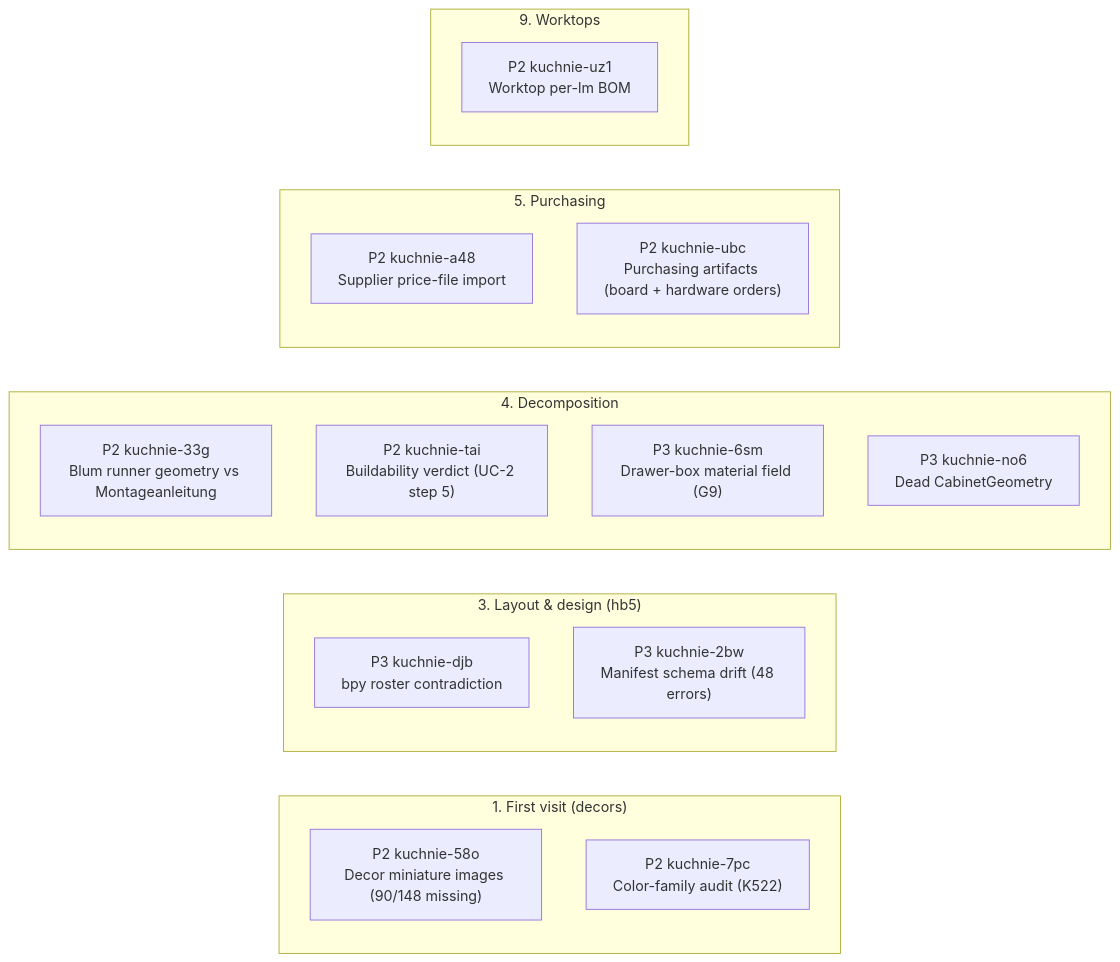
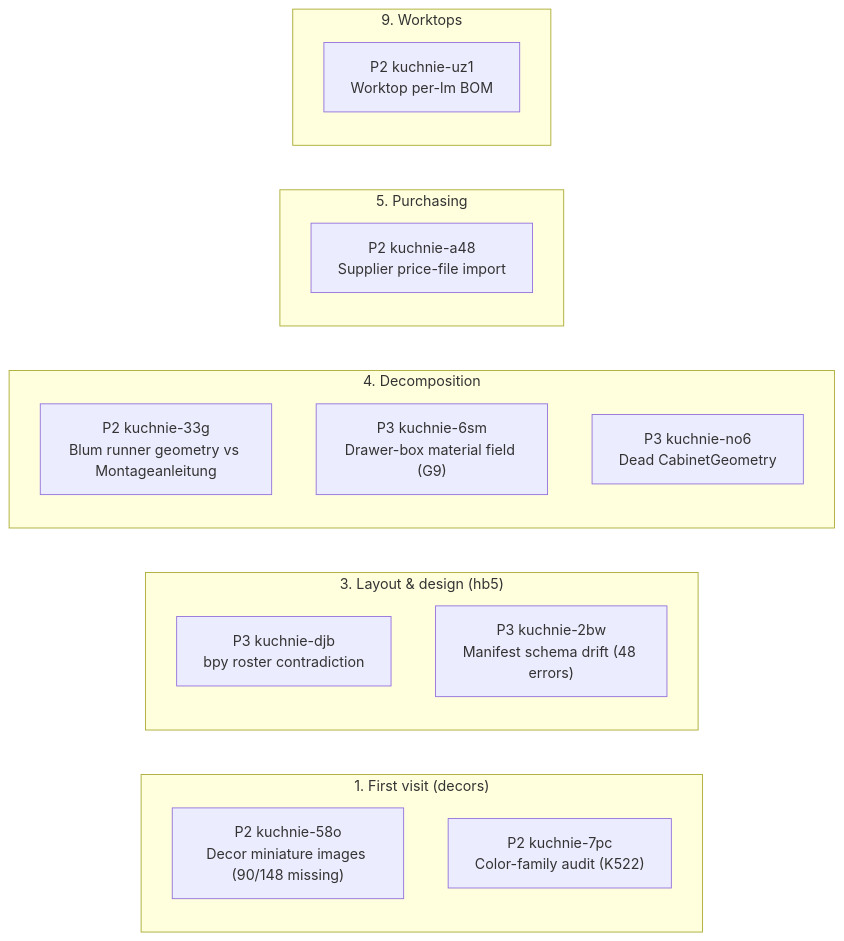
The first of 2 diagrams in STATUS.md (m1981/kuchnie), drawn with Mermaid before and after one commit. The commit also changed other lines of this file and 1 other file, not shown here.

````diff
--- a/STATUS.md
+++ b/STATUS.md
@@ -48,24 +46,22 @@
 ```mermaid
 flowchart LR
     subgraph s1 ["1. First visit (decors)"]
         kuchnie_58o["P2 kuchnie-58o<br/>Decor miniature images (90/148 missing)"]
         kuchnie_7pc["P2 kuchnie-7pc<br/>Color-family audit (K522)"]
     end
     subgraph s3 ["3. Layout & design (hb5)"]
         kuchnie_djb["P3 kuchnie-djb<br/>bpy roster contradiction"]
         kuchnie_2bw["P3 kuchnie-2bw<br/>Manifest schema drift (48 errors)"]
     end
     subgraph s4 ["4. Decomposition"]
         kuchnie_33g["P2 kuchnie-33g<br/>Blum runner geometry vs Montageanleitung"]
-        kuchnie_tai["P2 kuchnie-tai<br/>Buildability verdict (UC-2 step 5)"]
         kuchnie_6sm["P3 kuchnie-6sm<br/>Drawer-box material field (G9)"]
         kuchnie_no6["P3 kuchnie-no6<br/>Dead CabinetGeometry"]
     end
     subgraph s5 ["5. Purchasing"]
         kuchnie_a48["P2 kuchnie-a48<br/>Supplier price-file import"]
-        kuchnie_ubc["P2 kuchnie-ubc<br/>Purchasing artifacts (board + hardware orders)"]
     end
     subgraph s9 ["9. Worktops"]
         kuchnie_uz1["P2 kuchnie-uz1<br/>Worktop per-lm BOM"]
     end
 ```
````
